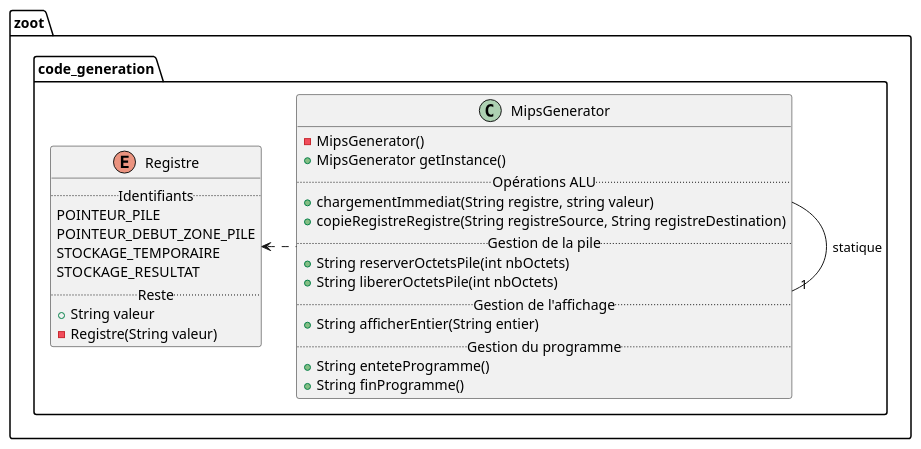
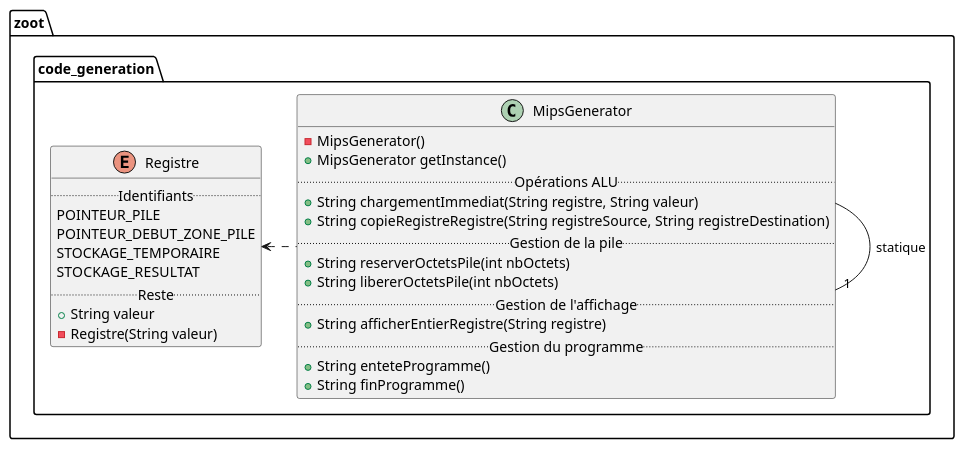
The diagram in diagrammes/classe/code_generation.puml (lmtb06/zoot), drawn with PlantUML before and after one commit. The commit also changed 2 other files, not shown here.

Commit message:
Implémentation des classes : + Corrections dans le diagramme :   + typos   + renommage de la fonction MipsGenerator.afficherEntier en MipsGenerator.afficherEntierRegistre + Ajout de l’enum Registre + Ajout de la classe MipsGenerator   + Ajout des opérations ALU   + Ajout de la gestion de pile   + Ajout de la gestion du programme

```diff
--- a/diagrammes/classe/code_generation.puml
+++ b/diagrammes/classe/code_generation.puml
@@ -1,38 +1,38 @@
 @startuml "Package code_generation"
 
 namespace zoot.code_generation {
     ' Includes
     ' Classes
     enum Registre {
         .. Identifiants ..
         POINTEUR_PILE
         POINTEUR_DEBUT_ZONE_PILE
         STOCKAGE_TEMPORAIRE
         STOCKAGE_RESULTAT
         .. Reste ..
         + String valeur
         - Registre(String valeur)
     }
 
     class MipsGenerator {
         - MipsGenerator()
         + MipsGenerator getInstance()
         .. Opérations ALU ..
-        + chargementImmediat(String registre, string valeur)
-        + copieRegistreRegistre(String registreSource, String registreDestination)
+        + String chargementImmediat(String registre, String valeur)
+        + String copieRegistreRegistre(String registreSource, String registreDestination)
         .. Gestion de la pile ..
         + String reserverOctetsPile(int nbOctets)
         + String libererOctetsPile(int nbOctets)
         .. Gestion de l'affichage ..
-        + String afficherEntier(String entier)
+        + String afficherEntierRegistre(String registre)
         .. Gestion du programme ..
         + String enteteProgramme()
         + String finProgramme()
     }
 
     ' Relations entre les classes
     MipsGenerator -right-"1" MipsGenerator : statique
     MipsGenerator .left.> Registre
 
 }
 @enduml
```
